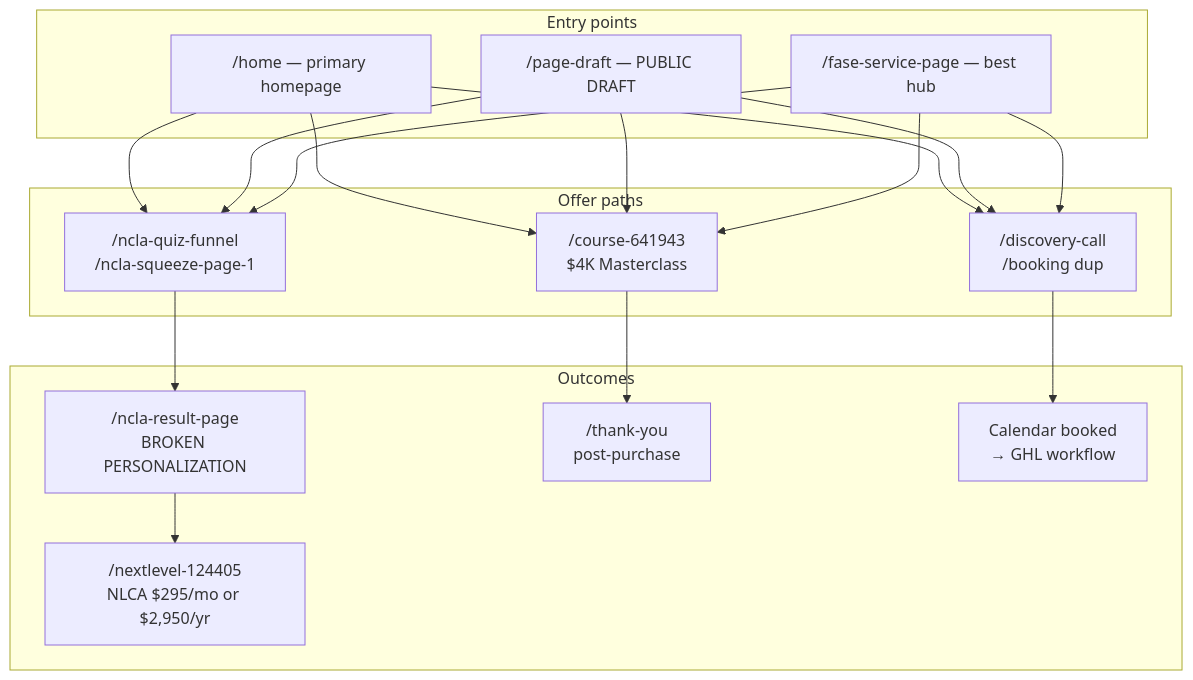
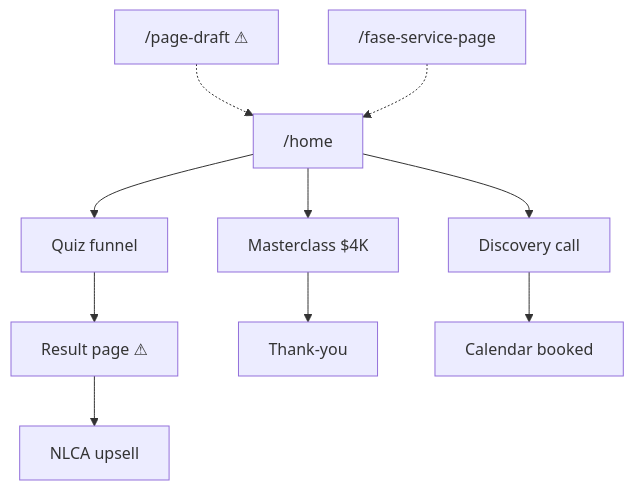
One commit to cezro/vdsupport-audit changed the diagram in fase-github-export/FASE-DIGITAL-AUDIT-REPORT.md. Above: the diagram before and after it, drawn with Mermaid. The commit also changed other lines of this file, not shown here.

Commit message:
chore: Simplify Mermaid flowchart and clarify paths
Refactor the Mermaid diagram in FASE-DIGITAL-AUDIT-REPORT.md to use shorter node labels and a more compact layout. Mark draft/result pages with warnings, represent alternate entries as dashed links to the primary /home path, and add a brief note about primary paths and URL duplicates for clarity.

````diff
--- a/fase-github-export/FASE-DIGITAL-AUDIT-REPORT.md
+++ b/fase-github-export/FASE-DIGITAL-AUDIT-REPORT.md
@@ -74,36 +74,23 @@
 ```mermaid
 flowchart TB
-  subgraph entry [Entry points]
-    home["/home — primary homepage"]
-    pageDraft["/page-draft — PUBLIC DRAFT"]
-    faseHub["/fase-service-page — best hub"]
-  end
+  home["/home"]
+  draft["/page-draft ⚠"]
+  hub["/fase-service-page"]
 
-  subgraph offers [Offer paths]
-    quiz["/ncla-quiz-funnel<br/>/ncla-squeeze-page-1"]
-    masterclass["/course-641943<br/>$4K Masterclass"]
-    discovery["/discovery-call<br/>/booking dup"]
-  end
+  quiz["Quiz funnel"]
+  mc["Masterclass $4K"]
+  dc["Discovery call"]
 
-  subgraph outcomes [Outcomes]
-    resultPage["/ncla-result-page<br/>BROKEN PERSONALIZATION"]
-    thankYou["/thank-you<br/>post-purchase"]
-    calendarBooked["Calendar booked<br/>→ GHL workflow"]
-    nextlevel["/nextlevel-124405<br/>NLCA $295/mo or $2,950/yr"]
-  end
+  res["Result page ⚠"]
+  ty["Thank-you"]
+  cal["Calendar booked"]
+  nlc["NLCA upsell"]
 
-  home --> quiz
-  home --> masterclass
-  home --> discovery
-  pageDraft --> quiz
-  pageDraft --> masterclass
-  pageDraft --> discovery
-  faseHub --> quiz
-  faseHub --> masterclass
-  faseHub --> discovery
+  home --> quiz & mc & dc
+  draft -.-> home
+  hub -.-> home
 
-  quiz --> resultPage
-  masterclass --> thankYou
-  discovery --> calendarBooked
-  resultPage --> nextlevel
+  quiz --> res --> nlc
+  mc --> ty
+  dc --> cal
 ```
````
